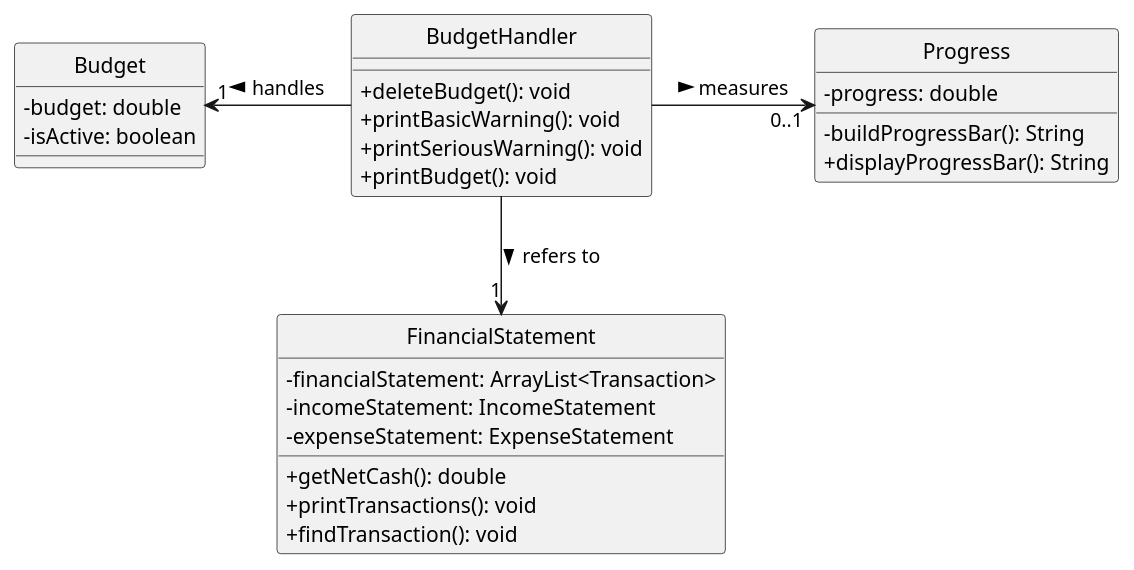
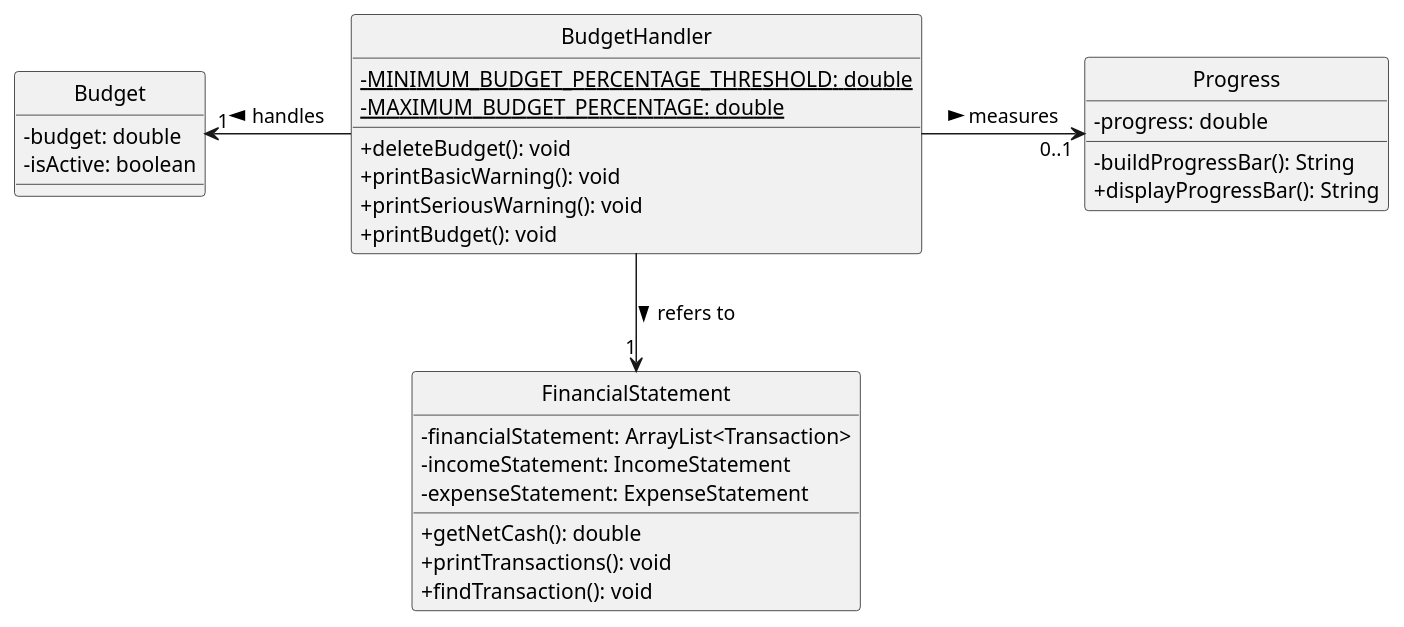
The diagram in docs/uml/budgetHandler_classDiagram.puml (nus-cs2113-AY2324S1/tp), drawn with PlantUML before and after one commit. The commit also changed 1 other file, not shown here.

Commit message:
Update budgetHandler_classDiagram

```diff
--- a/docs/uml/budgetHandler_classDiagram.puml
+++ b/docs/uml/budgetHandler_classDiagram.puml
@@ -1,40 +1,42 @@
 @startuml
 
 skinparam Style strictuml
 skinparam classAttributeIconSize 0
 
 class           BudgetHandler
 class           Budget
 class           Progress
 class           FinancialStatement
 BudgetHandler -l-> "1" Budget : handles >
 BudgetHandler -r-> "0..1" Progress : measures >
 BudgetHandler --> "1" FinancialStatement : refers to >
 
 class BudgetHandler {
+    -{static} MINIMUM_BUDGET_PERCENTAGE_THRESHOLD: double
+    -{static} MAXIMUM_BUDGET_PERCENTAGE: double
     +deleteBudget(): void
     +printBasicWarning(): void
     +printSeriousWarning(): void
     +printBudget(): void
 }
 
 class Budget {
     -budget: double
     -isActive: boolean
 }
 
 class Progress {
     -progress: double
     -buildProgressBar(): String
     +displayProgressBar(): String
 }
 
 class FinancialStatement {
     -financialStatement: ArrayList<Transaction>
     -incomeStatement: IncomeStatement
     -expenseStatement: ExpenseStatement
     +getNetCash(): double
     +printTransactions(): void
     +findTransaction(): void
 }
 @enduml
```
